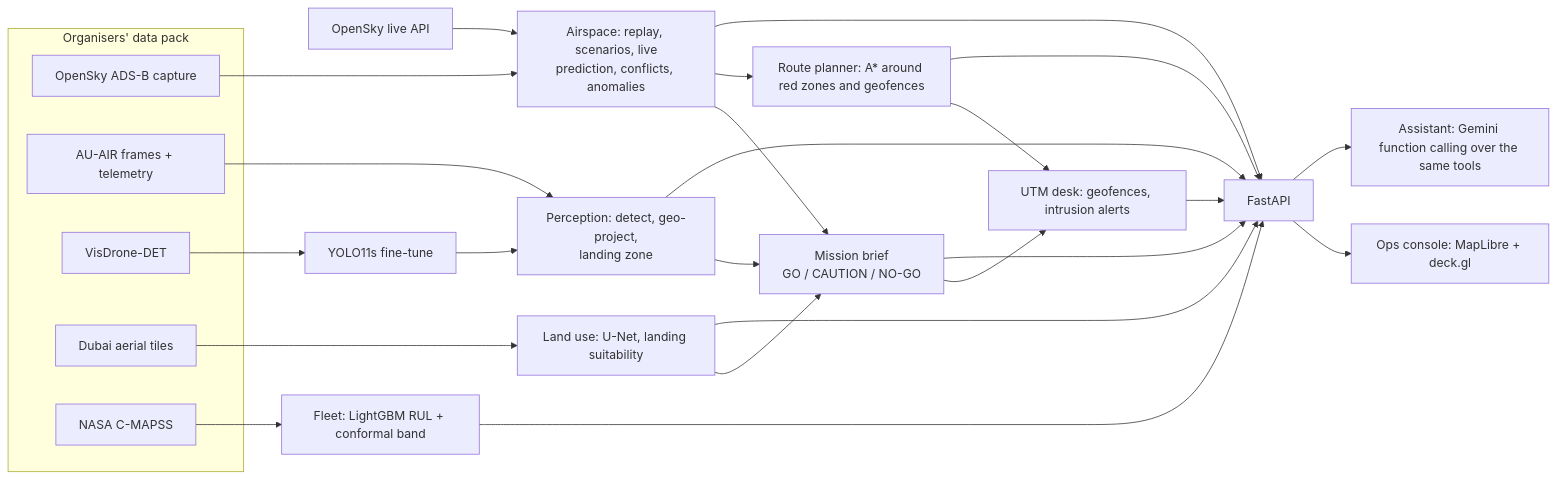
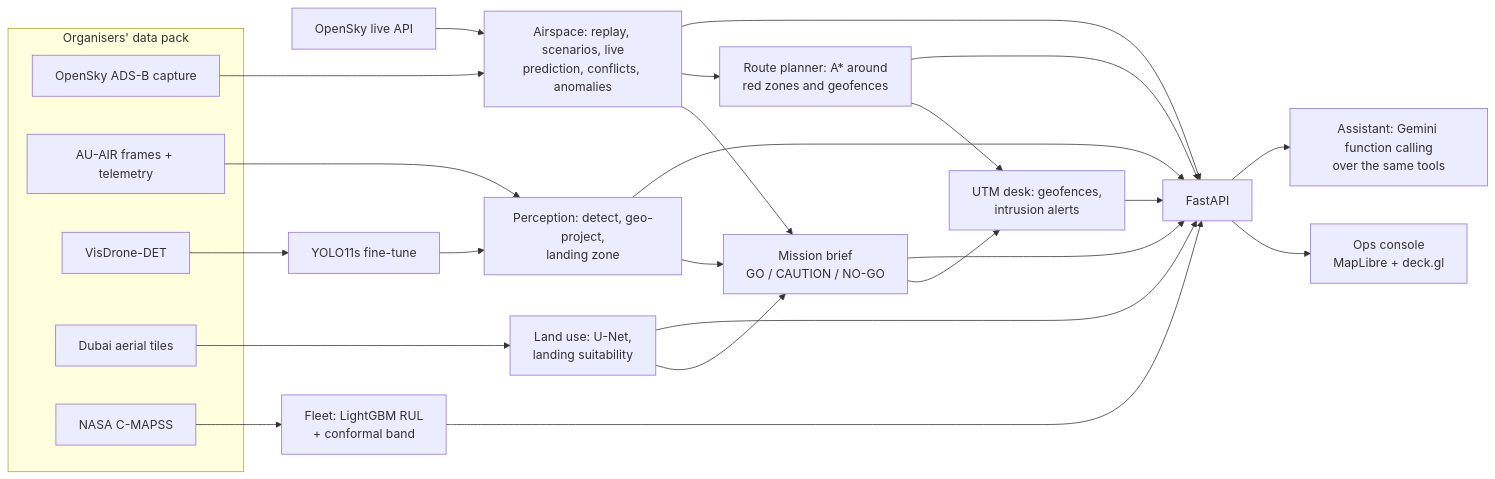
One commit to sirjansingh8888/skyops changed the first of 3 diagrams in README.md. Above: the diagram before and after it, drawn with Mermaid. The commit also changed other lines of this file and 6 other files, not shown here.

First line of the commit message:
Live-tested Gemini assistant with bounded latency; README rewritten as a guided walkthrough

````diff
--- a/README.md
+++ b/README.md
@@ -39,26 +122,26 @@
 ```mermaid
 flowchart LR
   subgraph Data["Organisers' data pack"]
-    OS[OpenSky ADS-B capture]
-    AU[AU-AIR frames + telemetry]
-    VD[VisDrone-DET]
-    DB[Dubai aerial tiles]
-    CM[NASA C-MAPSS]
+    OS["OpenSky ADS-B capture"]
+    AU["AU-AIR frames + telemetry"]
+    VD["VisDrone-DET"]
+    DB["Dubai aerial tiles"]
+    CM["NASA C-MAPSS"]
   end
-  LIVE[OpenSky live API] --> AIR
-  OS --> AIR[Airspace: replay, scenarios, live<br/>prediction, conflicts, anomalies]
-  VD --> YOLO[YOLO11s fine-tune]
-  AU --> PER[Perception: detect, geo-project,<br/>landing zone]
+  LIVE["OpenSky live API"] --> AIR
+  OS --> AIR["Airspace: replay, scenarios, live<br/>prediction, conflicts, anomalies"]
+  VD --> YOLO["YOLO11s fine-tune"]
+  AU --> PER["Perception: detect, geo-project,<br/>landing zone"]
   YOLO --> PER
-  DB --> LU[Land use: U-Net, landing suitability]
-  CM --> FL[Fleet: LightGBM RUL + conformal band]
-  AIR --> BRIEF[Mission brief<br/>GO / CAUTION / NO-GO]
+  DB --> LU["Land use: U-Net,<br/>landing suitability"]
+  CM --> FL["Fleet: LightGBM RUL<br/>+ conformal band"]
+  AIR --> BRIEF["Mission brief<br/>GO / CAUTION / NO-GO"]
   PER --> BRIEF
   LU --> BRIEF
-  AIR --> ROUTE[Route planner: A* around red zones and geofences]
-  BRIEF --> UTM[UTM desk: geofences, intrusion alerts]
+  AIR --> ROUTE["Route planner: A* around<br/>red zones and geofences"]
+  BRIEF --> UTM["UTM desk: geofences,<br/>intrusion alerts"]
   ROUTE --> UTM
-  AIR & PER & LU & FL & BRIEF & ROUTE & UTM --> API[FastAPI]
-  API --> UI[Ops console: MapLibre + deck.gl]
-  API --> LLM[Assistant: Gemini function calling over the same tools]
+  AIR & PER & LU & FL & BRIEF & ROUTE & UTM --> API["FastAPI"]
+  API --> UI["Ops console<br/>MapLibre + deck.gl"]
+  API --> LLM["Assistant: Gemini function calling<br/>over the same tools"]
 ```
````
